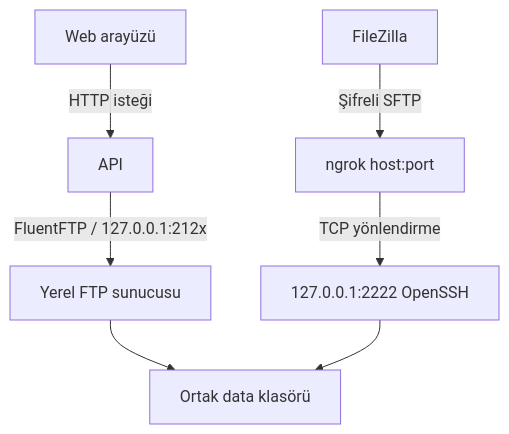
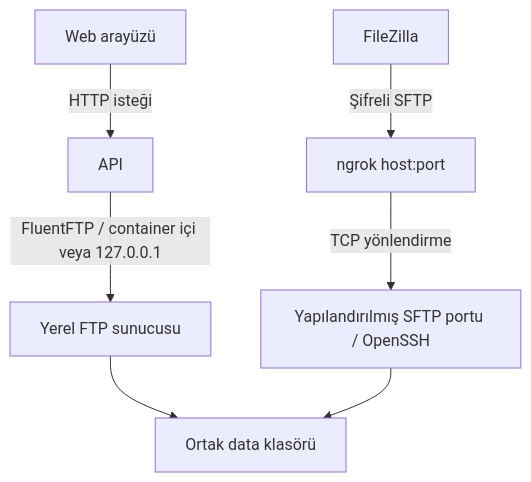
Before and after one commit to ottamina/FTP_Dosya_Yonetimi: the third of 8 diagrams in docs/01_SISTEM_MIMARISI.md, drawn with Mermaid. The commit also changed other lines of this file and 9 other files, not shown here.

````diff
--- a/docs/01_SISTEM_MIMARISI.md
+++ b/docs/01_SISTEM_MIMARISI.md
@@ -79,10 +79,10 @@
 ```mermaid
 flowchart TB
     UI["Web arayüzü"] -->|"HTTP isteği"| API["API"]
-    API -->|"FluentFTP / 127.0.0.1:212x"| FTP["Yerel FTP sunucusu"]
+    API -->|"FluentFTP / container içi veya 127.0.0.1"| FTP["Yerel FTP sunucusu"]
     FTP --> DATA["Ortak data klasörü"]
 
     FZ["FileZilla"] -->|"Şifreli SFTP"| PUBLIC["ngrok host:port"]
-    PUBLIC -->|"TCP yönlendirme"| SSH["127.0.0.1:2222 OpenSSH"]
+    PUBLIC -->|"TCP yönlendirme"| SSH["Yapılandırılmış SFTP portu / OpenSSH"]
     SSH --> DATA
 ```
````
